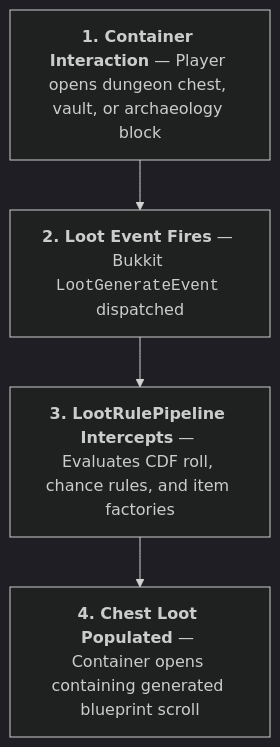
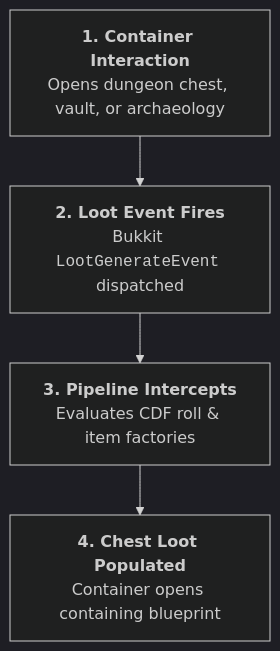
Before and after one commit to XZtotal/CraftingBlueprints-Wiki: the first of 2 diagrams in docs/operations/world-loot-tables.md, drawn with Mermaid (dark theme). The commit also changed other lines of this file and 24 other files, not shown here.

````diff
--- a/docs/operations/world-loot-tables.md
+++ b/docs/operations/world-loot-tables.md
@@ -15,7 +15,11 @@
 ```mermaid
 flowchart TD
-    Player["<b>1. Container Interaction</b> — Player opens dungeon chest, vault, or archaeology block"]
-    --> Event["<b>2. Loot Event Fires</b> — Bukkit <code>LootGenerateEvent</code> dispatched"]
-    --> Pipeline["<b>3. LootRulePipeline Intercepts</b> — Evaluates CDF roll, chance rules, and item factories"]
-    --> Loot["<b>4. Chest Loot Populated</b> — Container opens containing generated blueprint scroll"]
+    Player["<b>1. Container Interaction</b><br/>Opens dungeon chest, vault, or archaeology"]
+    Event["<b>2. Loot Event Fires</b><br/>Bukkit <code>LootGenerateEvent</code> dispatched"]
+    Pipeline["<b>3. Pipeline Intercepts</b><br/>Evaluates CDF roll &amp; item factories"]
+    Loot["<b>4. Chest Loot Populated</b><br/>Container opens containing blueprint"]
+
+    Player --> Event
+    Event --> Pipeline
+    Pipeline --> Loot
 ```
````
